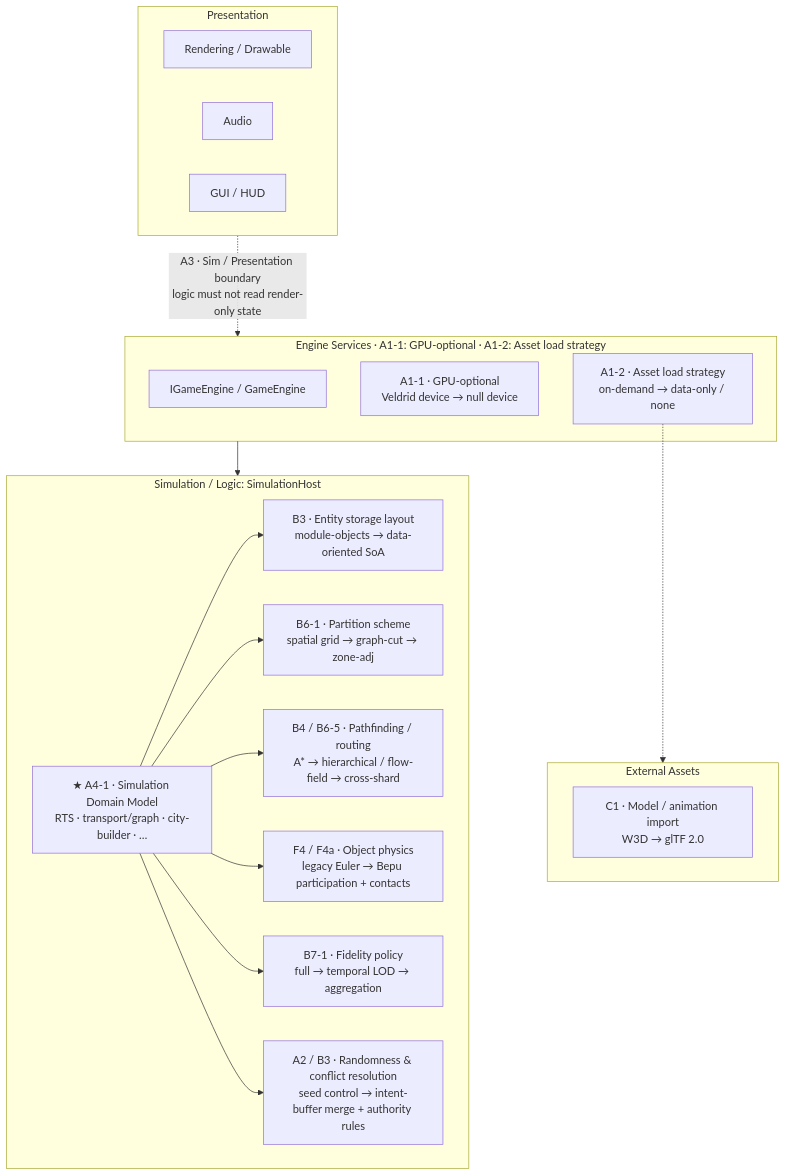
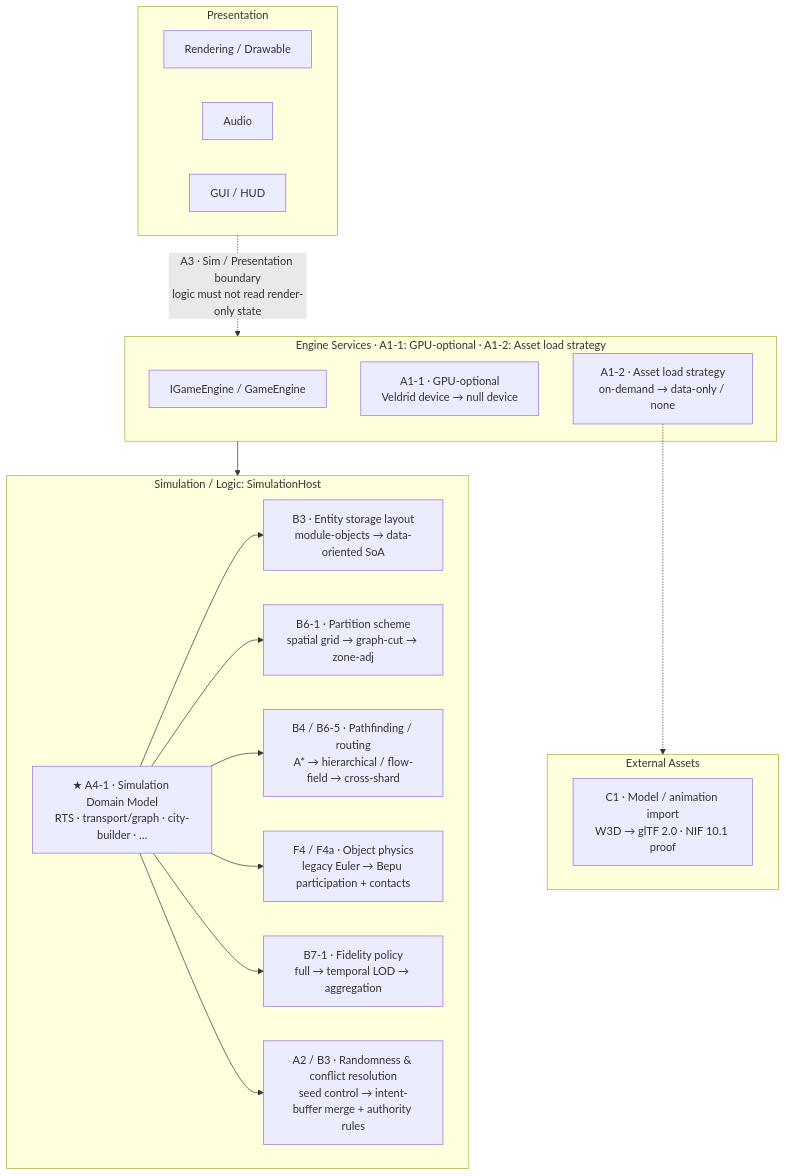
One commit to rmessinger/Panopticon changed the diagram in docs/roadmap/seams.md. Above: the diagram before and after it, drawn with Mermaid. The commit also changed other lines of this file and 23 other files, not shown here.

Commit message:
Track C: plan EE2 NIF proof of concept

````diff
--- a/docs/roadmap/seams.md
+++ b/docs/roadmap/seams.md
@@ -50,39 +50,39 @@
 ```mermaid
 graph TD
     subgraph PRES["Presentation"]
         RENDER[Rendering / Drawable]
         AUDIO[Audio]
         GUI[GUI / HUD]
     end
 
     subgraph ENG["Engine Services  ·  A1-1: GPU-optional  ·  A1-2: Asset load strategy"]
         IGAME[IGameEngine / GameEngine]
         GPU["A1-1 · GPU-optional\nVeldrid device → null device"]
         ALOAD["A1-2 · Asset load strategy\non-demand → data-only / none"]
     end
 
     subgraph SIM["Simulation / Logic: SimulationHost"]
         DOM["★ A4-1 · Simulation Domain Model\nRTS · transport/graph · city-builder · …"]
         STORE["B3 · Entity storage layout\nmodule-objects → data-oriented SoA"]
         PART["B6-1 · Partition scheme\nspatial grid → graph-cut → zone-adj"]
         PATH["B4 / B6-5 · Pathfinding / routing\nA* → hierarchical / flow-field → cross-shard"]
         PHYS["F4 / F4a · Object physics\nlegacy Euler → Bepu participation + contacts"]
         FID["B7-1 · Fidelity policy\nfull → temporal LOD → aggregation"]
         RNG["A2 / B3 · Randomness & conflict resolution\nseed control → intent-buffer merge + authority rules"]
     end
 
     subgraph ASSETS["External Assets"]
-        IMPORT["C1 · Model / animation import\nW3D → glTF 2.0"]
+        IMPORT["C1 · Model / animation import\nW3D → glTF 2.0 · NIF 10.1 proof"]
     end
 
     PRES -. "A3 · Sim / Presentation boundary\nlogic must not read render-only state" .-> ENG
     ENG --> SIM
     ALOAD -.-> ASSETS
 
     DOM --> STORE
     DOM --> PART
     DOM --> PATH
     DOM --> PHYS
     DOM --> FID
     DOM --> RNG
 ```
````
